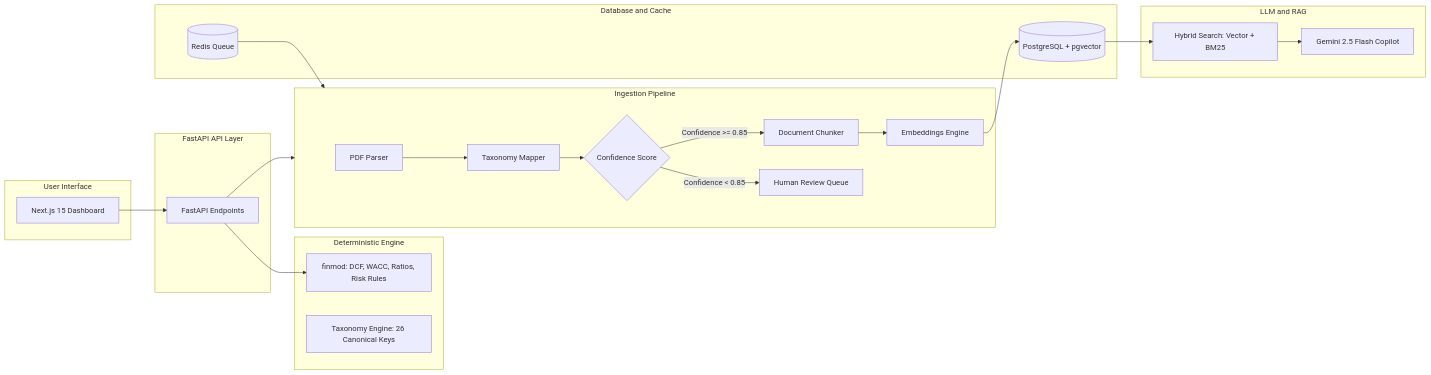
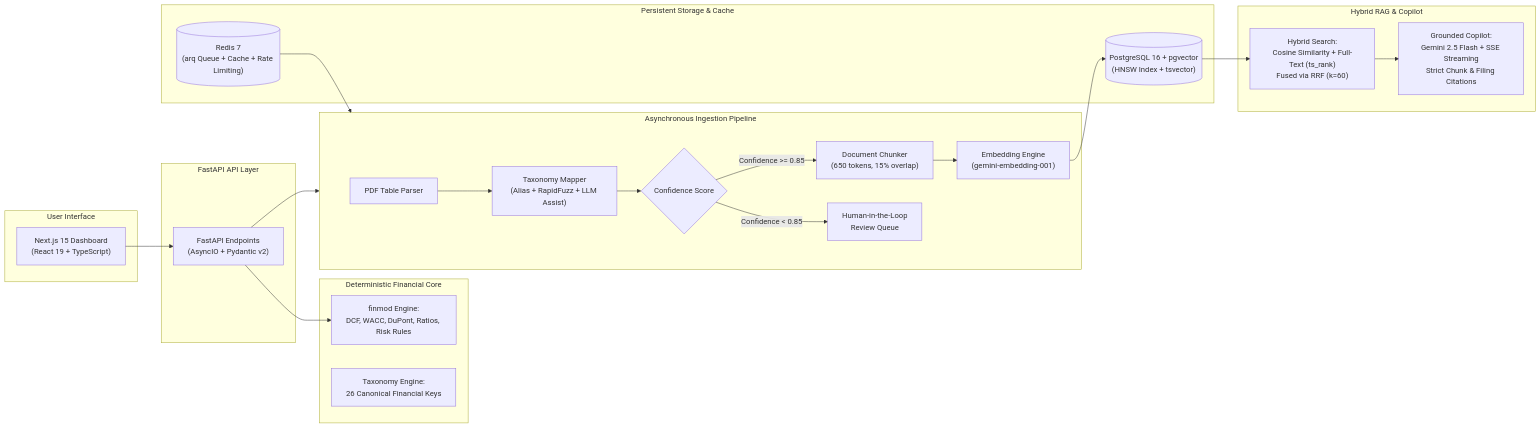
One commit to mahirbhat70-eng/finsight-ai changed the diagram in README.md. Above: the diagram before and after it, drawn with Mermaid. The commit also changed other lines of this file, not shown here.

Commit message:
docs: overhaul README with comprehensive architecture, badges, and documentation

````diff
--- a/README.md
+++ b/README.md
@@ -15,41 +33,41 @@
 ```mermaid
 flowchart LR
     subgraph UI ["User Interface"]
-        DASH["Next.js 15 Dashboard"]
+        DASH["Next.js 15 Dashboard\n(React 19 + TypeScript)"]
     end
 
     subgraph Backend ["FastAPI API Layer"]
-        API["FastAPI Endpoints"]
+        API["FastAPI Endpoints\n(AsyncIO + Pydantic v2)"]
     end
 
-    subgraph Core ["Deterministic Engine"]
-        FINMOD["finmod: DCF, WACC, Ratios, Risk Rules"]
-        TAX["Taxonomy Engine: 26 Canonical Keys"]
+    subgraph Core ["Deterministic Financial Core"]
+        FINMOD["finmod Engine:\nDCF, WACC, DuPont, Ratios, Risk Rules"]
+        TAX["Taxonomy Engine:\n26 Canonical Financial Keys"]
     end
 
-    subgraph Ingestion ["Ingestion Pipeline"]
-        PARSER["PDF Parser"] --> MAPPER["Taxonomy Mapper"]
+    subgraph Ingestion ["Asynchronous Ingestion Pipeline"]
+        PARSER["PDF Table Parser"] --> MAPPER["Taxonomy Mapper\n(Alias + RapidFuzz + LLM Assist)"]
         MAPPER --> CHECK{"Confidence Score"}
-        CHECK -->|Confidence < 0.85| REVIEW["Human Review Queue"]
-        CHECK -->|Confidence >= 0.85| CHUNKER["Document Chunker"]
-        CHUNKER --> EMBED["Embeddings Engine"]
+        CHECK -->|Confidence < 0.85| REVIEW["Human-in-the-Loop\nReview Queue"]
+        CHECK -->|Confidence >= 0.85| CHUNKER["Document Chunker\n(650 tokens, 15% overlap)"]
+        CHUNKER --> EMBED["Embedding Engine\n(gemini-embedding-001)"]
     end
 
-    subgraph Storage ["Database and Cache"]
-        PG[("PostgreSQL + pgvector")]
-        REDIS[("Redis Queue")]
+    subgraph Storage ["Persistent Storage & Cache"]
+        PG[("PostgreSQL 16 + pgvector\n(HNSW Index + tsvector)")]
+        REDIS[("Redis 7\n(arq Queue + Cache + Rate Limiting)")]
     end
 
-    subgraph AI ["LLM and RAG"]
-        RAG["Hybrid Search: Vector + BM25"]
-        COPILOT["Gemini 2.5 Flash Copilot"]
+    subgraph AI ["Hybrid RAG & Copilot"]
+        RAG["Hybrid Search:\nCosine Similarity + Full-Text (ts_rank)\nFused via RRF (k=60)"]
+        COPILOT["Grounded Copilot:\nGemini 2.5 Flash + SSE Streaming\nStrict Chunk & Filing Citations"]
     end
 
     DASH --> API
     API --> FINMOD
     API --> Ingestion
     EMBED --> PG
     REDIS --> Ingestion
     PG --> RAG
     RAG --> COPILOT
 ```
````
